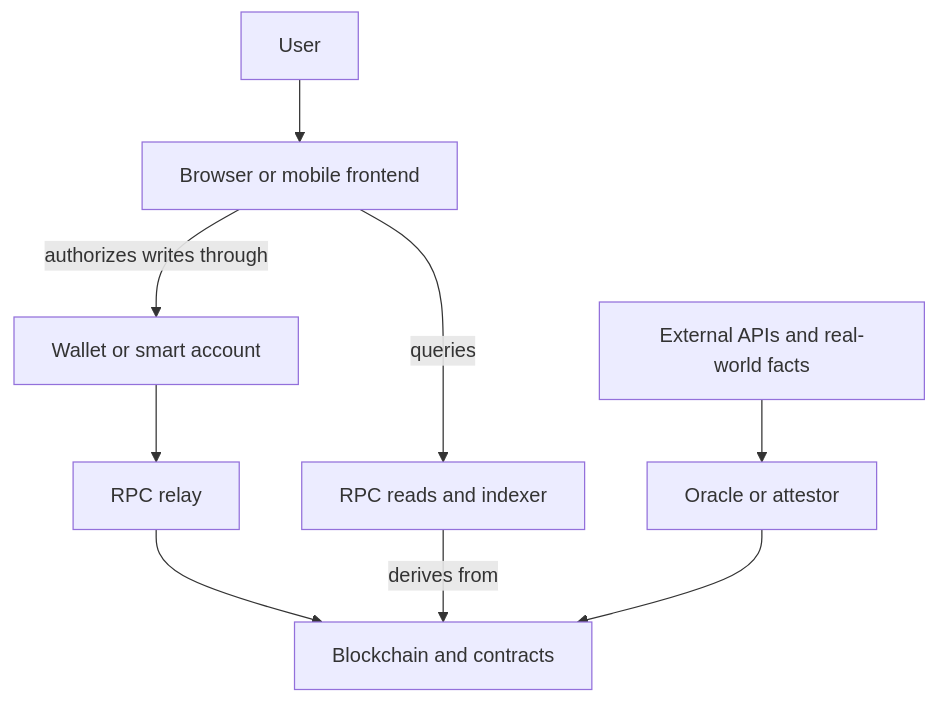
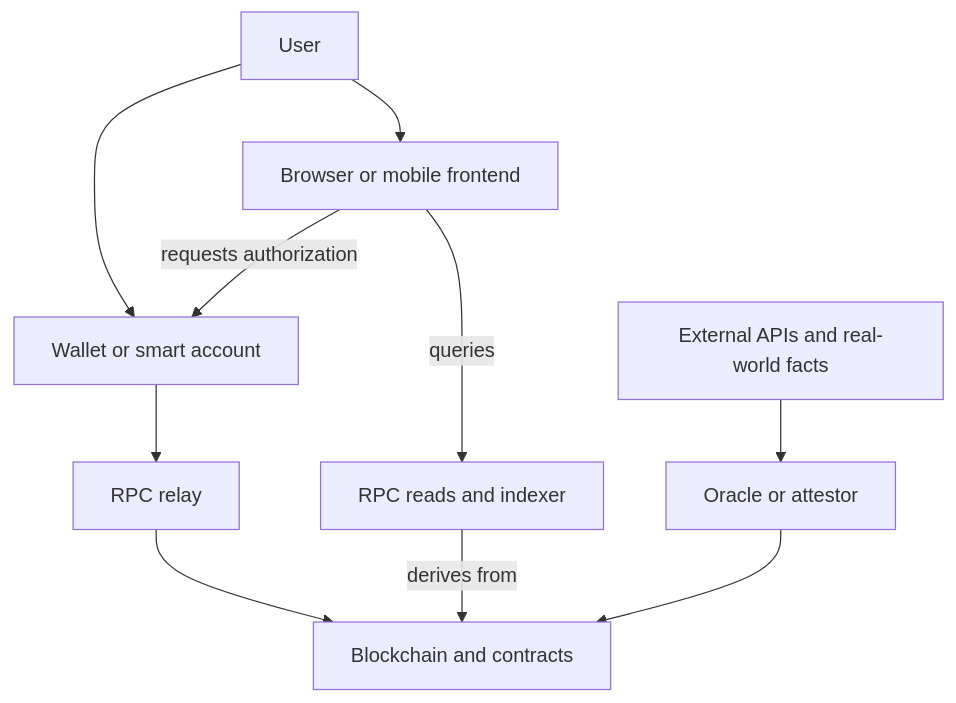
The diagram in docs/topics/101-decentralized-application.md (Vastargazing/from-signature-to-state), drawn with Mermaid before and after one commit. The commit also changed other lines of this file and 1 other file, not shown here.

````diff
--- a/docs/topics/101-decentralized-application.md
+++ b/docs/topics/101-decentralized-application.md
@@ -60,11 +60,12 @@
 ```mermaid
 flowchart TB
     U[User] --> UI[Browser or mobile frontend]
-    UI -->|authorizes writes through| W[Wallet or smart account]
+    U --> W[Wallet or smart account]
+    UI -->|requests authorization| W
     W --> RPC[RPC relay]
     RPC --> C[Blockchain and contracts]
     UI -->|queries| I[RPC reads and indexer]
     I -->|derives from| C
     X[External APIs and real-world facts] --> O[Oracle or attestor]
     O --> C
 ```
````
